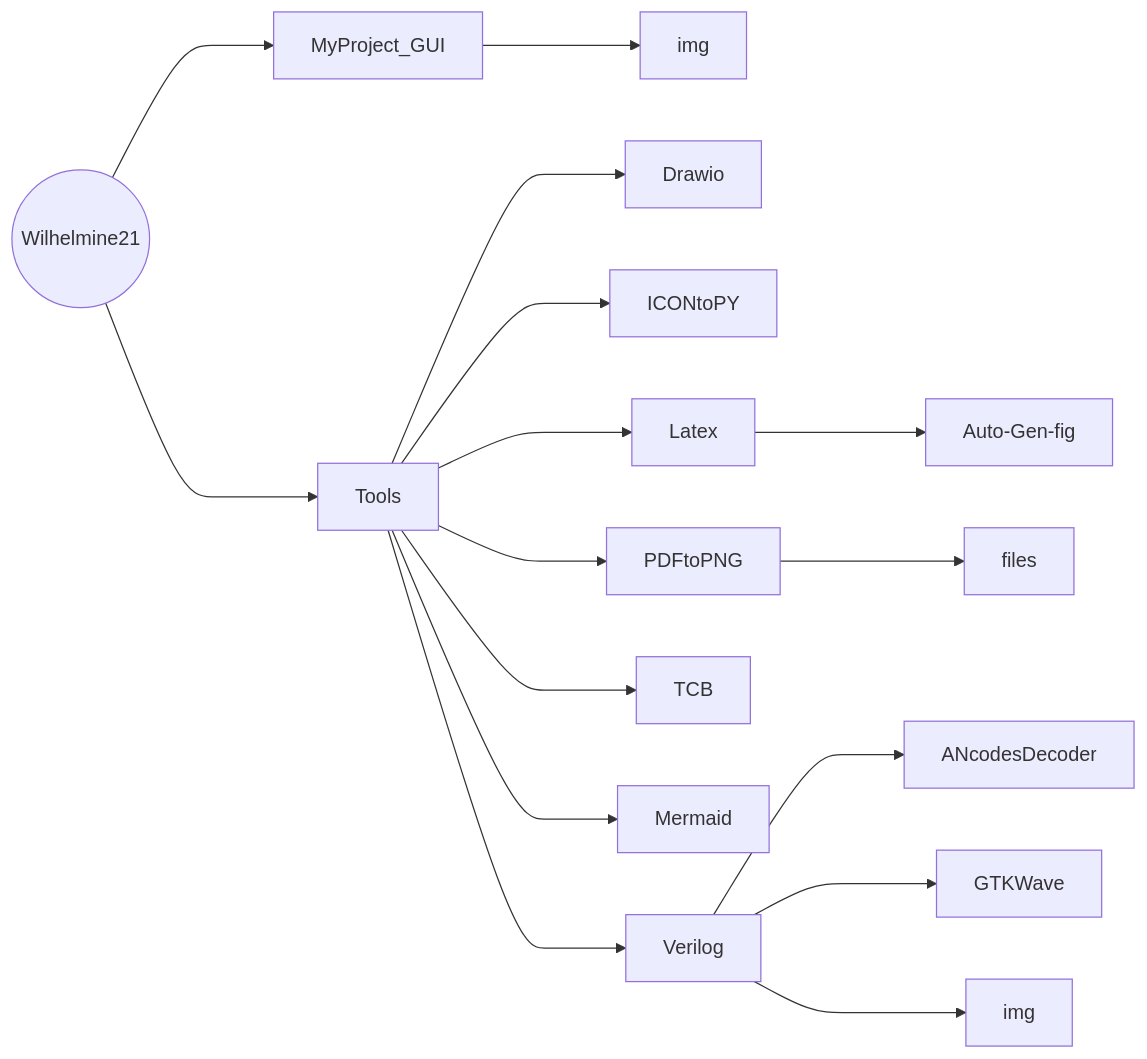
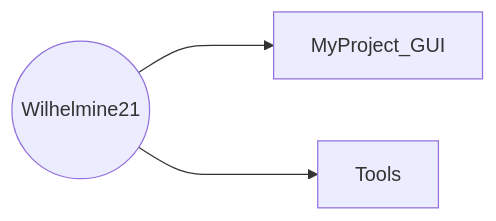
Before and after one commit to Wilhelmine21/Wilhelmine21: the diagram in README.md, drawn with Mermaid. The commit also changed other lines of this file and 1 other file, not shown here.

````diff
--- a/README.md
+++ b/README.md
@@ -7,21 +7,6 @@
 ```mermaid
 graph LR;
 Wilhelmine21((Wilhelmine21)) ---> MyProject_GUI
 Wilhelmine21((Wilhelmine21)) ---> Tools
 
-MyProject_GUI ---> GUIImg[img]
-
-Tools ---> Drawio
-Tools ---> ICONtoPY
-Tools ---> Latex
-Tools ---> PDFtoPNG
-Tools ---> TCB
-Tools ---> Mermaid
-Tools ---> Verilog
-
-PDFtoPNG ---> files
-Latex ---> Auto-Gen-fig
-Verilog ---> ANcodesDecoder
-Verilog ---> GTKWave
-Verilog ---> VerilogImg[img]
 ```
````
